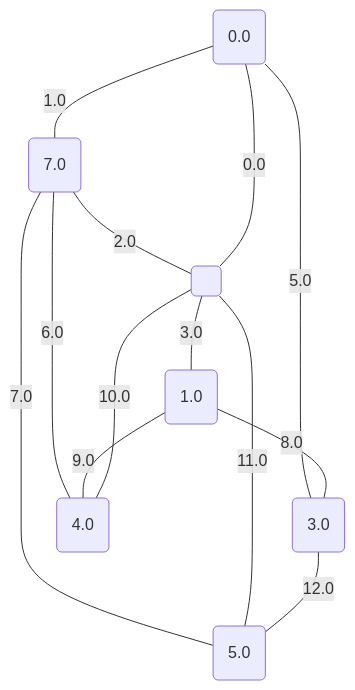
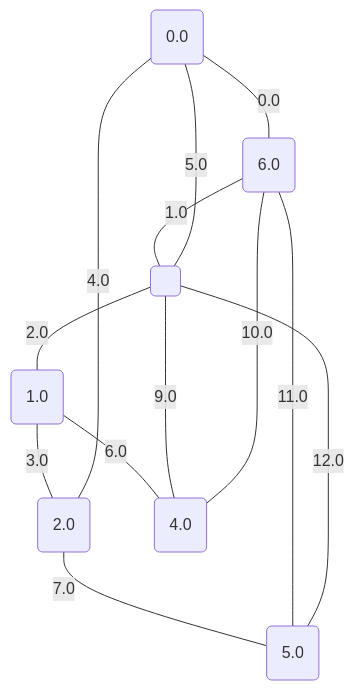
Before and after one commit to metury/graphs: the seventh of 17 diagrams in project/src/testing/minCutPetersen.md, drawn with Mermaid. The commit also changed other lines of this file and 52 other files, not shown here.

````diff
--- a/project/src/testing/minCutPetersen.md
+++ b/project/src/testing/minCutPetersen.md
@@ -191,22 +191,22 @@
 ```mermaid
 graph TD;
 0("0.0");
 1("1.0");
-2("3.0");
+2("2.0");
 3("4.0");
 4("5.0");
-5("7.0");
+5("6.0");
 6(" ");
-	6 -- "0.0" --- 0;
-	0 -- "1.0" --- 5;
-	5 -- "2.0" --- 6;
-	6 -- "3.0" --- 1;
-	0 -- "5.0" --- 2;
-	5 -- "6.0" --- 3;
-	5 -- "7.0" --- 4;
-	1 -- "8.0" --- 2;
-	1 -- "9.0" --- 3;
-	6 -- "10.0" --- 3;
-	6 -- "11.0" --- 4;
-	2 -- "12.0" --- 4;
+	0 -- "0.0" --- 5;
+	5 -- "1.0" --- 6;
+	6 -- "2.0" --- 1;
+	1 -- "3.0" --- 2;
+	2 -- "4.0" --- 0;
+	0 -- "5.0" --- 6;
+	1 -- "6.0" --- 3;
+	2 -- "7.0" --- 4;
+	6 -- "9.0" --- 3;
+	5 -- "10.0" --- 3;
+	5 -- "11.0" --- 4;
+	6 -- "12.0" --- 4;
 ```
````
